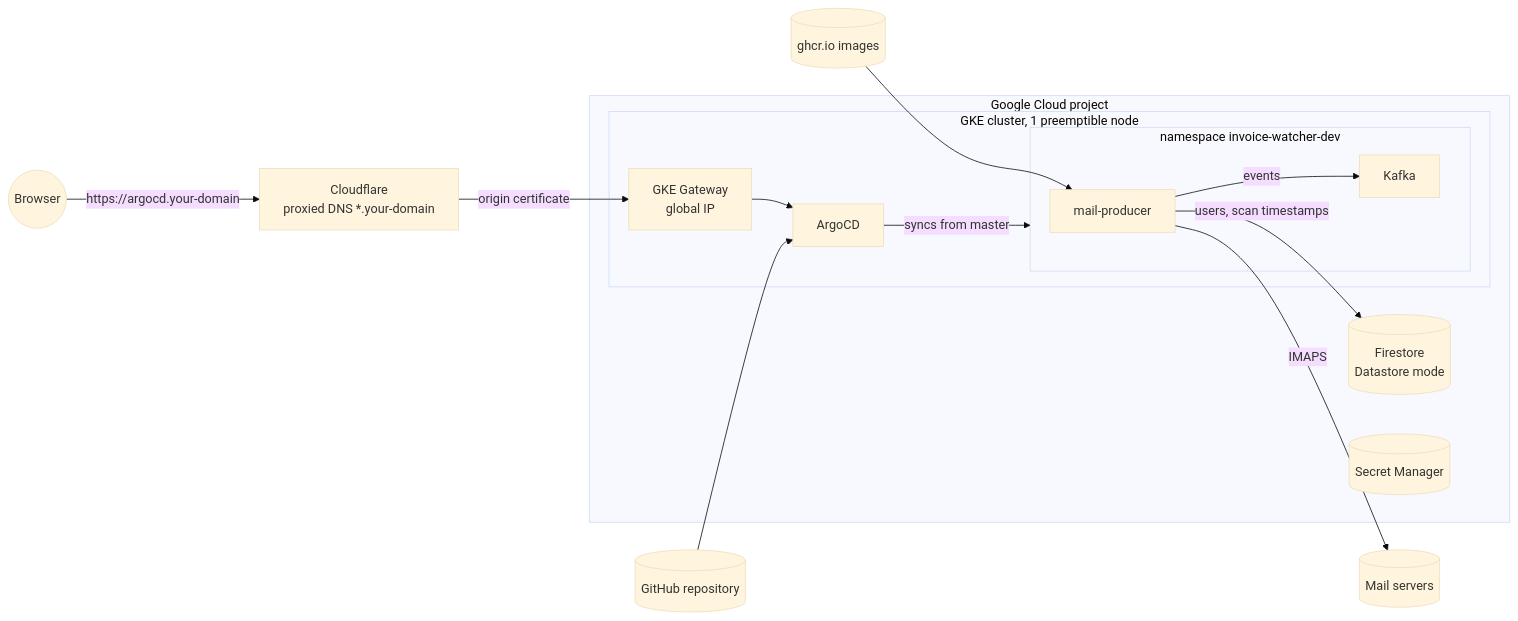
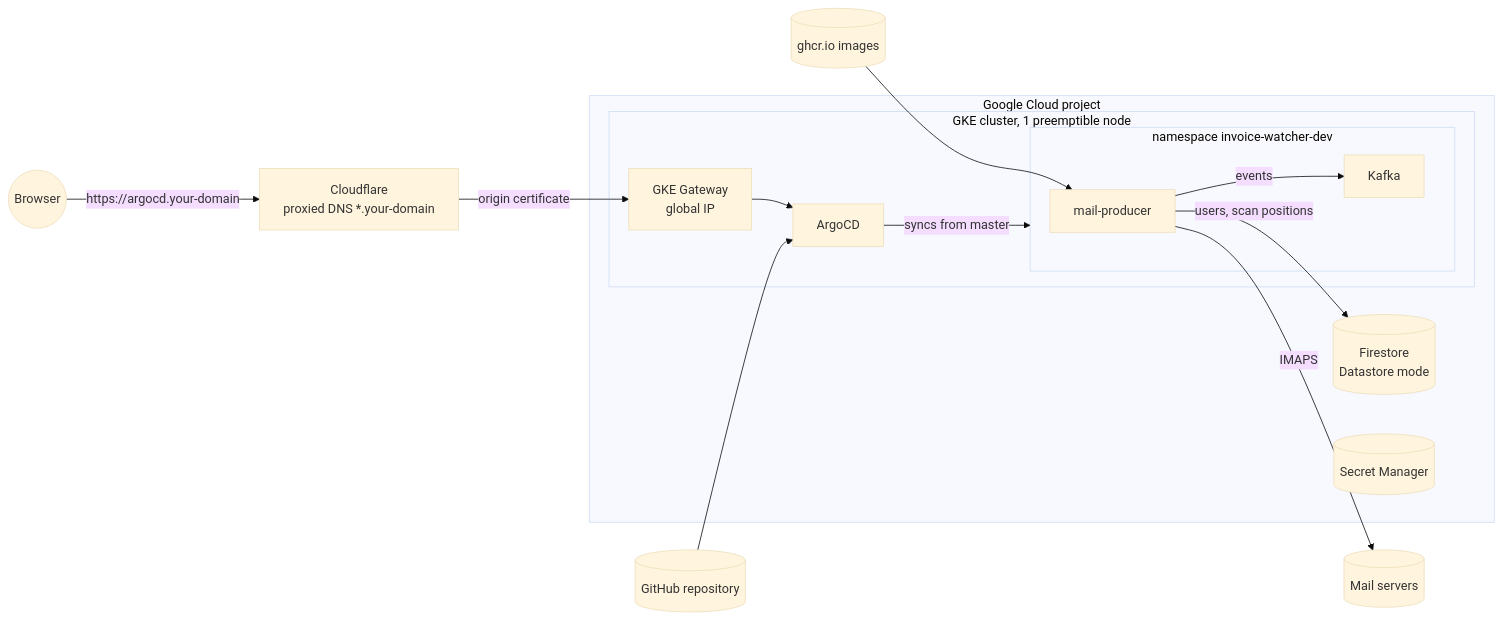
Before and after one commit to Guslarz/invoice-watcher: the first of 3 diagrams in docs/system/architecture.md, drawn with Mermaid (base theme). The commit also changed other lines of this file and 37 other files, not shown here.

````diff
--- a/docs/system/architecture.md
+++ b/docs/system/architecture.md
@@ -30,21 +30,21 @@
 ```mermaid
 flowchart LR
   user((Browser)) -->|https://argocd.your-domain| cf[Cloudflare<br/>proxied DNS *.your-domain]
   cf -->|origin certificate| gw[GKE Gateway<br/>global IP]
 
   subgraph gcp[Google Cloud project]
     subgraph gke[GKE cluster, 1 preemptible node]
       gw --> argocd[ArgoCD]
       subgraph app[namespace invoice-watcher-dev]
         producer[mail-producer] -->|events| kafka[Kafka]
       end
       argocd -->|syncs from master| app
     end
-    producer -->|users, scan timestamps| fs[(Firestore<br/>Datastore mode)]
+    producer -->|users, scan positions| fs[(Firestore<br/>Datastore mode)]
     sm[(Secret Manager)]
   end
 
   producer -->|IMAPS| imap[(Mail servers)]
   ghcr[(ghcr.io images)] --> producer
   github[(GitHub repository)] --> argocd
 ```
````
